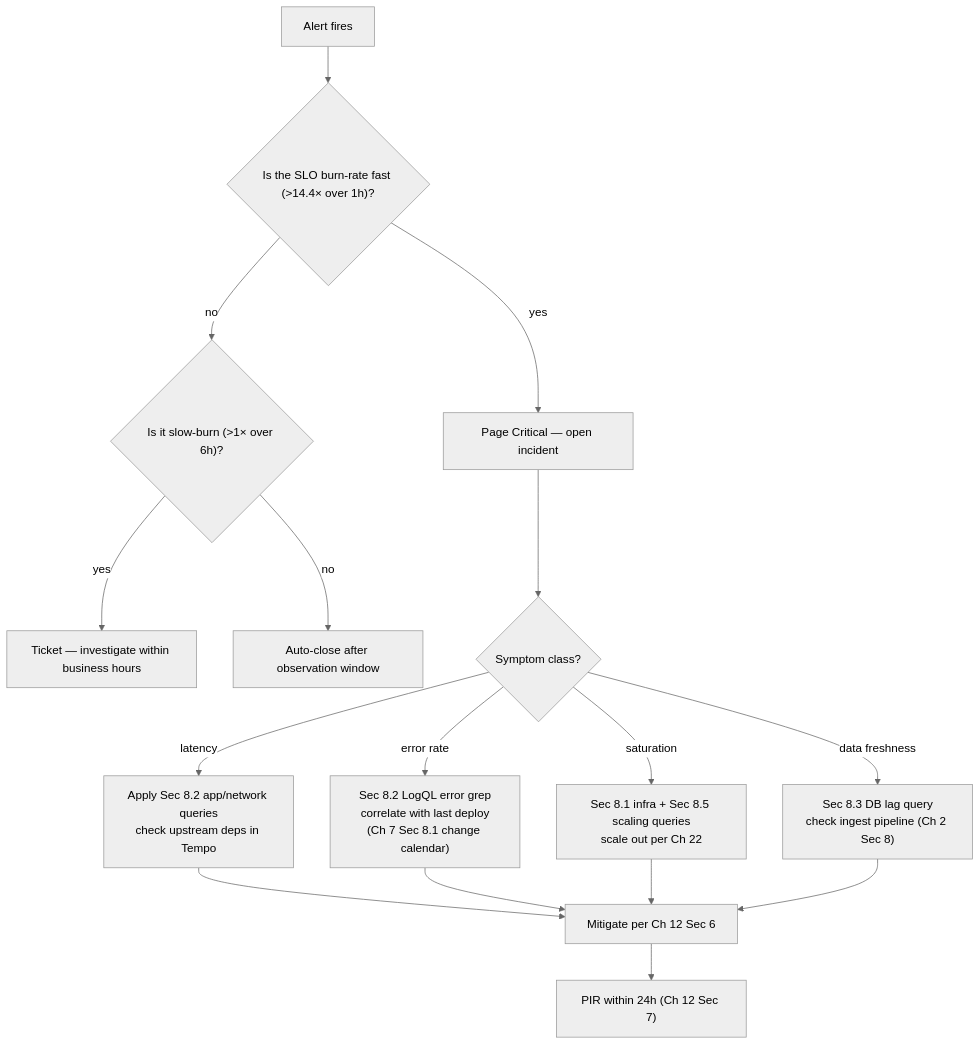
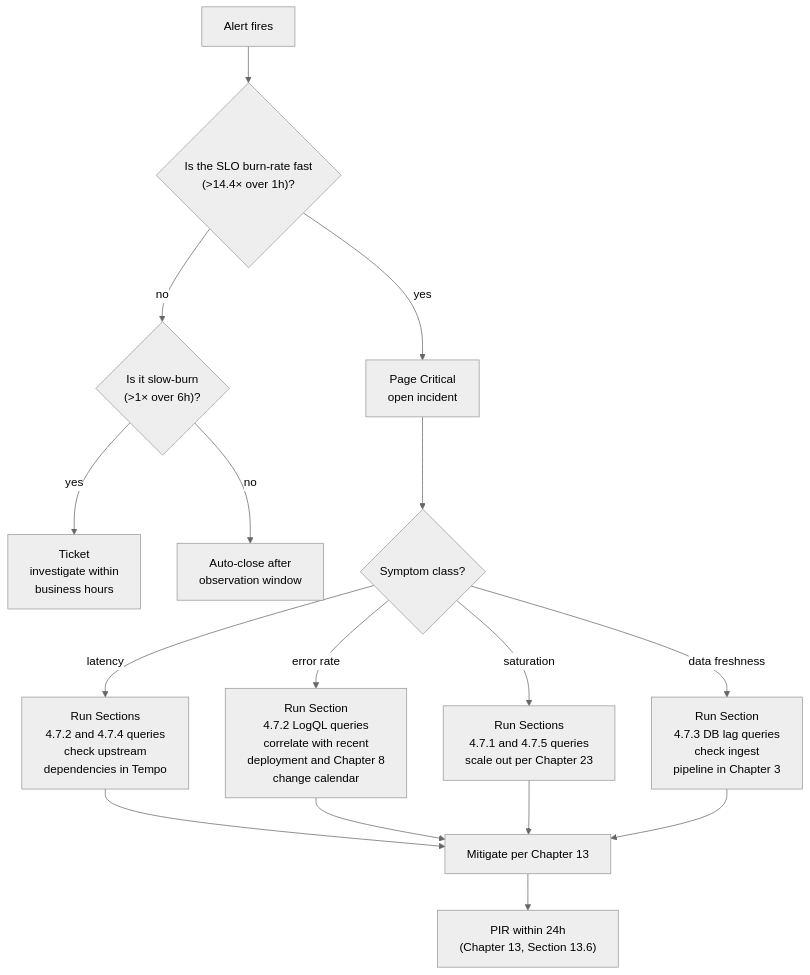
Before and after one commit to anurag-thakur-xceedance/Observability: the first of 2 diagrams in Observability-Strategy/04-domain-observability-runbooks-pack.md, drawn with Mermaid (neutral theme). The commit also changed other lines of this file and 36 other files, not shown here.

````diff
--- a/Observability-Strategy/04-domain-observability-runbooks-pack.md
+++ b/Observability-Strategy/04-domain-observability-runbooks-pack.md
@@ -241,20 +243,25 @@
 ```mermaid
 flowchart TD
-    A["Alert fires"] --> B{"Is the SLO burn-rate fast (>14.4× over 1h)?"}
-    B -->|"yes"| C["Page Critical — open incident"]
-    B -->|"no"| D{"Is it slow-burn (>1× over 6h)?"}
-    D -->|"yes"| E["Ticket — investigate within business hours"]
-    D -->|"no"| F["Auto-close after observation window"]
+    A["Alert fires"] --> B{"Is the SLO burn-rate fast
+    (>14.4× over 1h)?"}
+    B -->|"yes"| C["Page Critical<br/>open incident"]
+    B -->|"no"| D{"Is it slow-burn
+    (>1× over 6h)?"}
+    D -->|"yes"| E["Ticket
+    investigate within
+    business hours"]
+    D -->|"no"| F["Auto-close after 
+    observation window"]
 
     C --> G{"Symptom class?"}
-    G -->|"latency"| H["Apply Sec 8.2 app/network queries<br/>check upstream deps in Tempo"]
-    G -->|"error rate"| I["Sec 8.2 LogQL error grep<br/>correlate with last deploy<br/>(Ch 7 Sec 8.1 change calendar)"]
-    G -->|"saturation"| J["Sec 8.1 infra + Sec 8.5 scaling queries<br/>scale out per Ch 22"]
-    G -->|"data freshness"| K["Sec 8.3 DB lag query<br/>check ingest pipeline (Ch 2 Sec 8)"]
+    G -->|"latency"| H["Run Sections<br/>4.7.2 and 4.7.4 queries<br/>check upstream<br/>    dependencies in Tempo"]
+    G -->|"error rate"| I["Run Section<br/>4.7.2 LogQL queries<br/>correlate with recent<br/>deployment and Chapter 8<br/>change calendar"]
+    G -->|"saturation"| J["Run Sections<br/>4.7.1 and 4.7.5 queries<br/>scale out per Chapter 23"]
+    G -->|"data freshness"| K["Run Section<br/>4.7.3 DB lag queries<br/>check ingest<br/>pipeline in Chapter 3"]
 
-    H --> L["Mitigate per Ch 12 Sec 6"]
+    H --> L["Mitigate per Chapter 13"]
     I --> L
     J --> L
     K --> L
-    L --> M["PIR within 24h (Ch 12 Sec 7)"]
+    L --> M["PIR within 24h<br/>(Chapter 13, Section 13.6)"]
 ```
````
